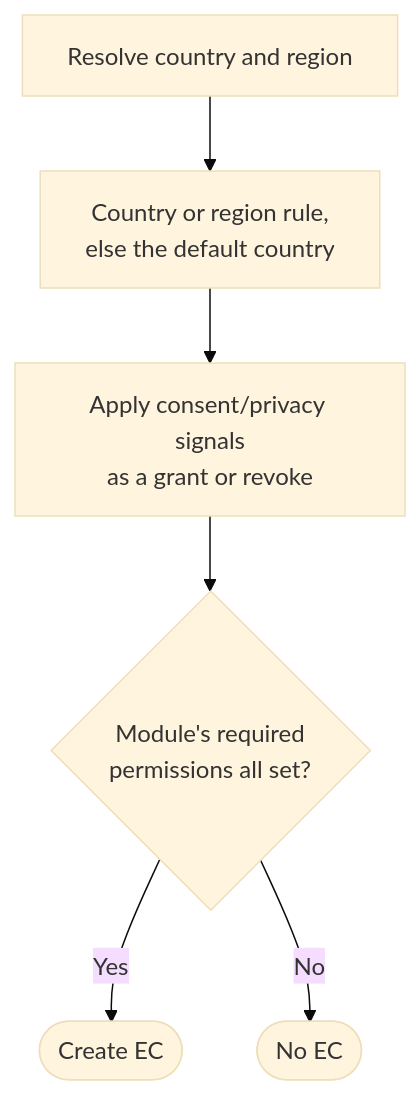
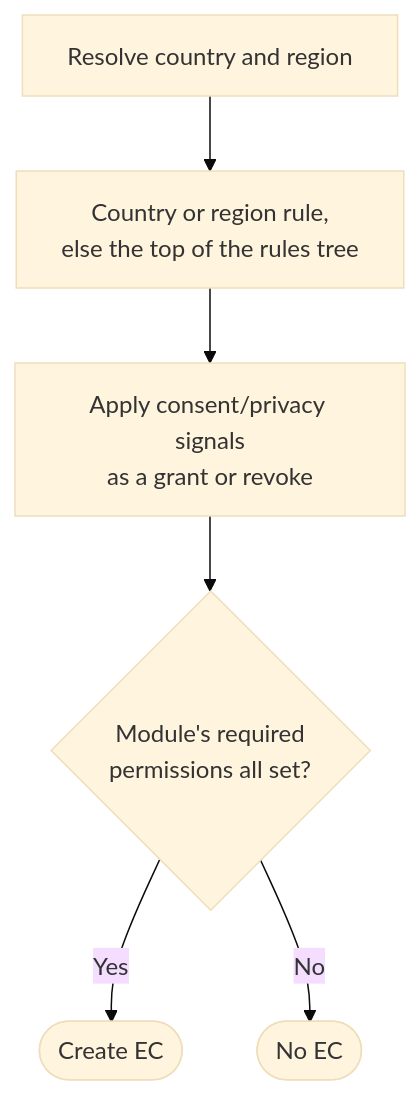
One commit to IABTechLab/trusted-server changed the third of 7 diagrams in docs/guide/edge-cookies.md. Above: the diagram before and after it, drawn with Mermaid (base theme). The commit also changed other lines of this file and 1 other file, not shown here.

````diff
--- a/docs/guide/edge-cookies.md
+++ b/docs/guide/edge-cookies.md
@@ -100,8 +100,8 @@
 ```mermaid
 flowchart TD
-    Start[Resolve country and region] --> Baseline[Country or region rule,<br/>else the default country]
+    Start[Resolve country and region] --> Baseline[Country or region rule,<br/>else the top of the rules tree]
     Baseline --> Signals[Apply consent/privacy signals<br/>as a grant or revoke]
     Signals --> Check{Module's required<br/>permissions all set?}
     Check -- "Yes" --> Allow([Create EC])
     Check -- "No" --> Deny([No EC])
 ```
````
